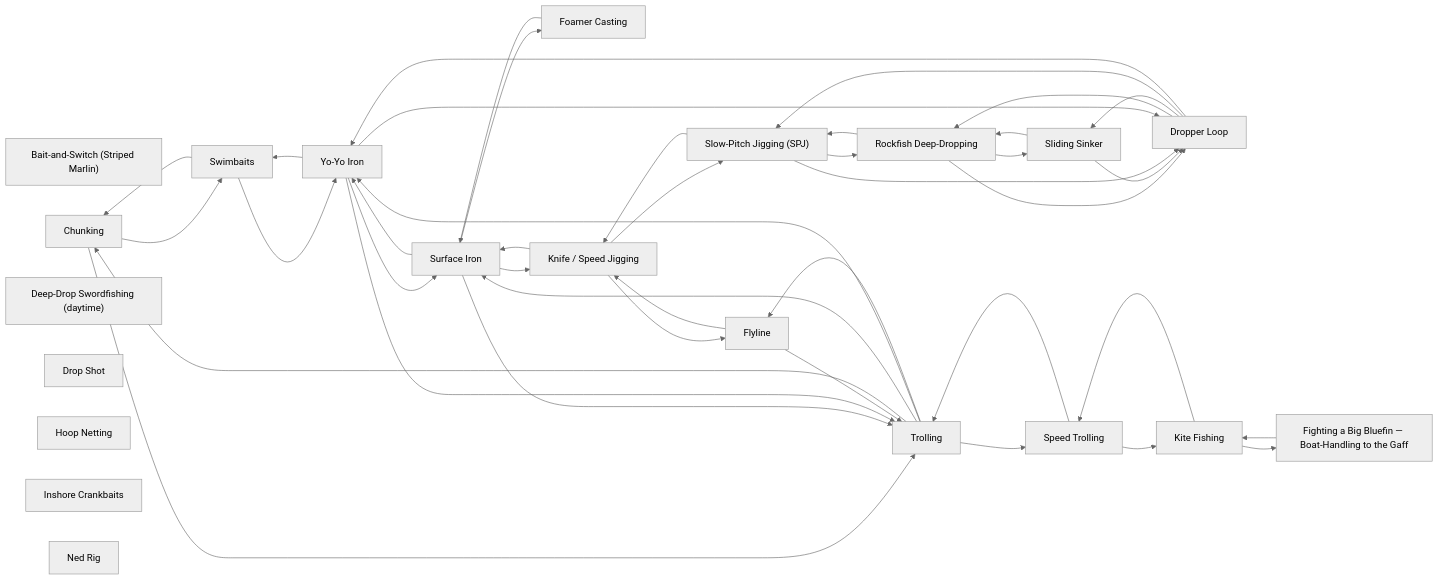
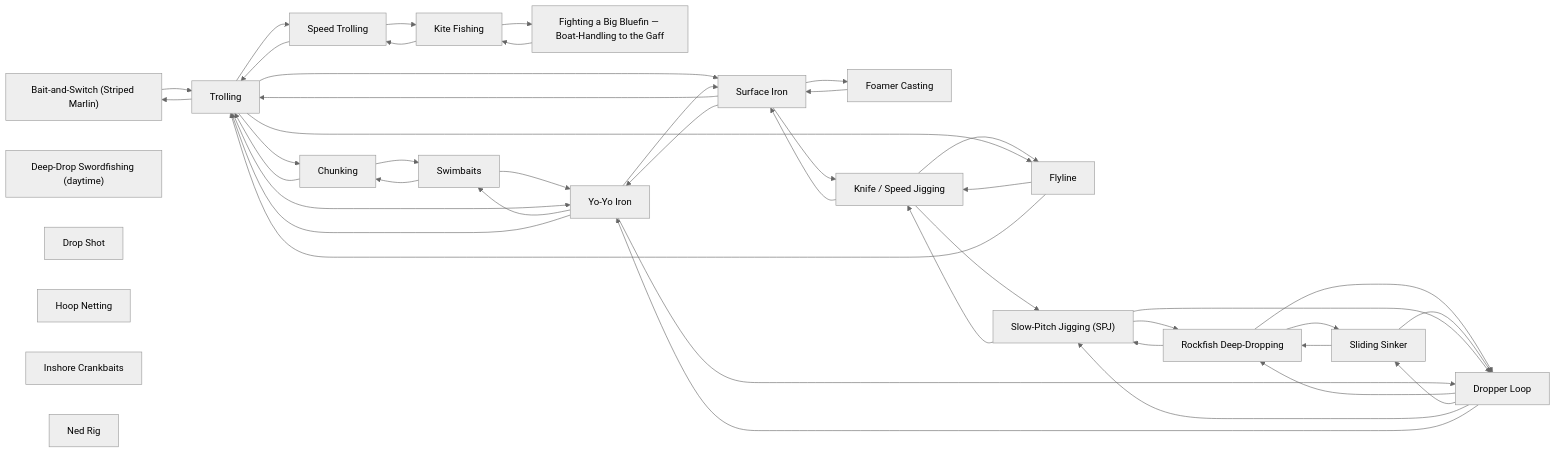
One commit to camchuckpete-max/Socal-Fishing-Knowledge changed the diagram in techniques/README.md. Above: the diagram before and after it, drawn with Mermaid (neutral theme). The commit also changed 5 other files, not shown here.

````diff
--- a/techniques/README.md
+++ b/techniques/README.md
@@ -34,64 +34,66 @@
 ```mermaid
 graph LR
   n0["Bait-and-Switch (Striped Marlin)"]
   n1["Chunking"]
   n2["Deep-Drop Swordfishing (daytime)"]
   n3["Drop Shot"]
   n4["Dropper Loop"]
   n5["Fighting a Big Bluefin — Boat-Handling to the Gaff"]
   n6["Flyline"]
   n7["Foamer Casting"]
   n8["Hoop Netting"]
   n9["Inshore Crankbaits"]
   n10["Kite Fishing"]
   n11["Knife / Speed Jigging"]
   n12["Ned Rig"]
   n13["Rockfish Deep-Dropping"]
   n14["Sliding Sinker"]
   n15["Slow-Pitch Jigging (SPJ)"]
   n16["Speed Trolling"]
   n17["Surface Iron"]
   n18["Swimbaits"]
   n19["Trolling"]
   n20["Yo-Yo Iron"]
+  n0 --> n19
   n1 --> n18
   n1 --> n19
   n10 --> n16
   n10 --> n5
   n11 --> n15
   n11 --> n17
   n11 --> n6
   n13 --> n14
   n13 --> n15
   n13 --> n4
   n14 --> n13
   n14 --> n4
   n15 --> n11
   n15 --> n13
   n15 --> n4
   n16 --> n10
   n16 --> n19
   n17 --> n11
   n17 --> n19
   n17 --> n20
   n17 --> n7
   n18 --> n1
   n18 --> n20
+  n19 --> n0
   n19 --> n1
   n19 --> n16
   n19 --> n17
   n19 --> n20
   n19 --> n6
   n20 --> n17
   n20 --> n18
   n20 --> n19
   n20 --> n4
   n4 --> n13
   n4 --> n14
   n4 --> n15
   n4 --> n20
   n5 --> n10
   n6 --> n11
   n6 --> n19
   n7 --> n17
 ```
````
